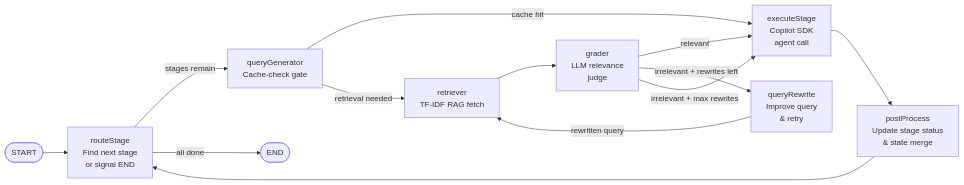
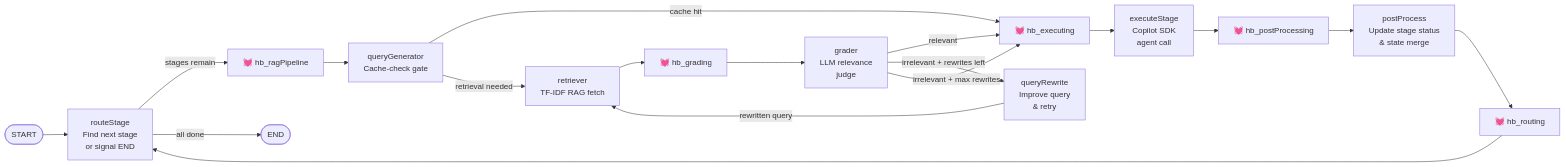
One commit to wesleygan89/maa-project-showcase changed the fifth of 12 diagrams in README.md. Above: the diagram before and after it, drawn with Mermaid. The commit also changed other lines of this file, not shown here.

````diff
--- a/README.md
+++ b/README.md
@@ -419,28 +425,34 @@
 ```mermaid
 flowchart LR
     S([START]) --> RS
 
     RS[routeStage\nFind next stage\nor signal END]
+    HB1[💓 hb_ragPipeline]
     QG[queryGenerator\nCache-check gate]
     RET[retriever\nTF-IDF RAG fetch]
+    HB2[💓 hb_grading]
     GR[grader\nLLM relevance\njudge]
     QRW[queryRewrite\nImprove query\n& retry]
+    HB3[💓 hb_executing]
     EX[executeStage\nCopilot SDK\nagent call]
+    HB4[💓 hb_postProcessing]
     PP[postProcess\nUpdate stage status\n& state merge]
+    HB5[💓 hb_routing]
     E([END])
 
-    RS -->|stages remain| QG
+    RS -->|stages remain| HB1
     RS -->|all done| E
 
-    QG -->|cache hit| EX
+    HB1 --> QG
+    QG -->|cache hit| HB3
     QG -->|retrieval needed| RET
 
-    RET --> GR
-    GR -->|relevant| EX
+    RET --> HB2 --> GR
+    GR -->|relevant| HB3
     GR -->|irrelevant + rewrites left| QRW
-    GR -->|irrelevant + max rewrites| EX
+    GR -->|irrelevant + max rewrites| HB3
 
     QRW -->|rewritten query| RET
 
-    EX --> PP --> RS
+    HB3 --> EX --> HB4 --> PP --> HB5 --> RS
 ```
````
